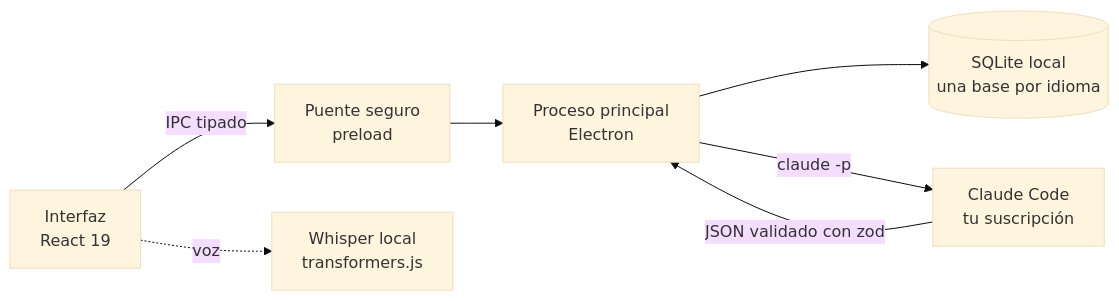
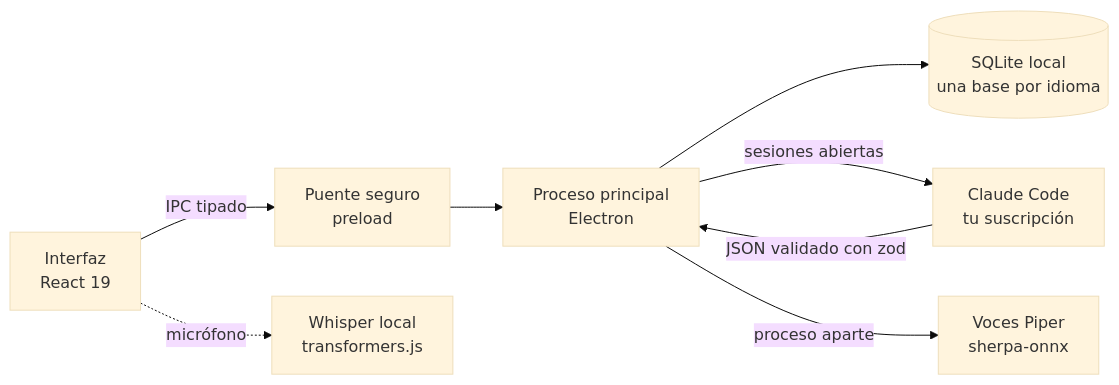
One commit to Fnqqew/enhome changed the diagram in README.md. Above: the diagram before and after it, drawn with Mermaid (base theme). The commit also changed other lines of this file and 10 other files, not shown here.

````diff
--- a/README.md
+++ b/README.md
@@ -162,9 +171,10 @@
 ```mermaid
 flowchart LR
   UI["Interfaz<br/>React 19"] -- "IPC tipado" --> P["Puente seguro<br/>preload"]
   P --> M["Proceso principal<br/>Electron"]
   M --> DB[("SQLite local<br/>una base por idioma")]
-  M -- "claude -p" --> C["Claude Code<br/>tu suscripción"]
+  M -- "sesiones abiertas" --> C["Claude Code<br/>tu suscripción"]
   C -- "JSON validado con zod" --> M
-  UI -. "voz" .-> W["Whisper local<br/>transformers.js"]
+  M -- "proceso aparte" --> V["Voces Piper<br/>sherpa-onnx"]
+  UI -. "micrófono" .-> W["Whisper local<br/>transformers.js"]
 ```
````
